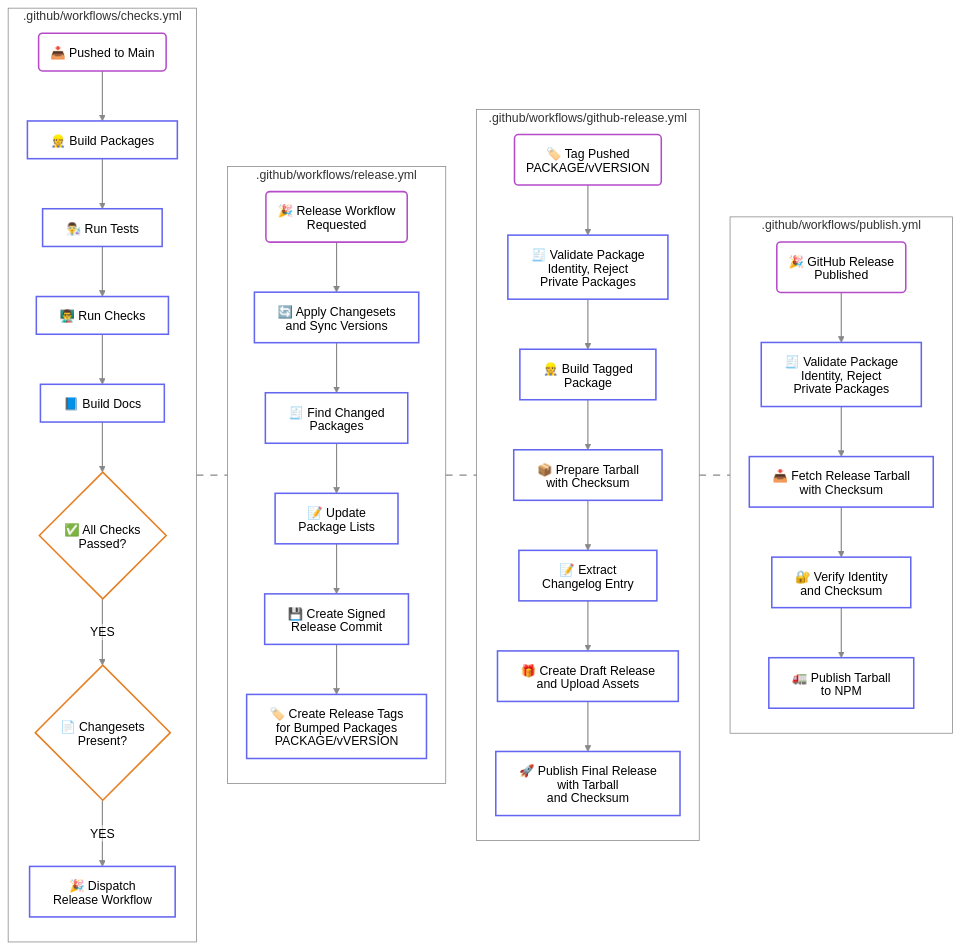
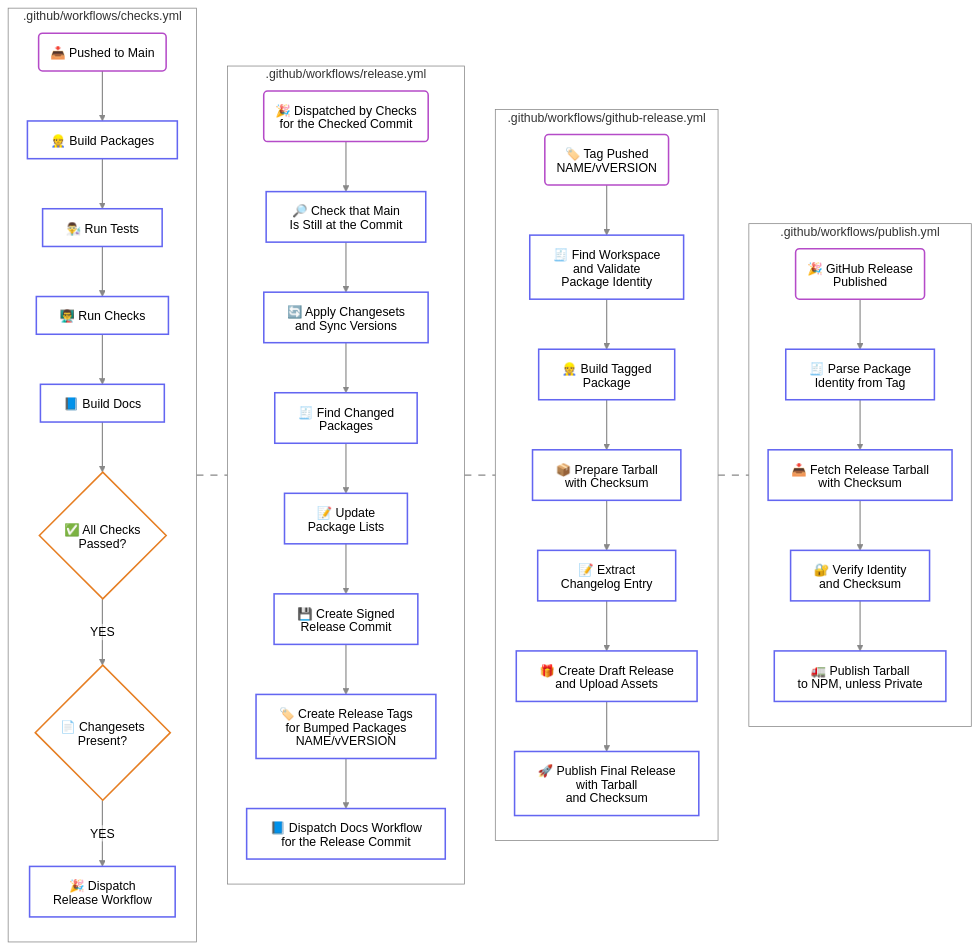
The diagram in README.md (simbo/packages), drawn with Mermaid (neutral theme) before and after one commit. The commit also changed other lines of this file and 37 other files, not shown here.

First line of the commit message:
feat(repo): release every workspace with package name tags (#17)

```diff
--- a/README.md
+++ b/README.md
@@ -255,24 +262,28 @@
   end
 
   subgraph ReleaseWorkflow[".github/workflows/release.yml"]
-    ReleaseEvent@{ shape: rounded, label: "🎉 Release Workflow<br>Requested" }
+    ReleaseEvent@{ shape: rounded, label: "🎉 Dispatched by Checks<br>for the Checked Commit" }
+    CheckCommit["🔎 Check that Main<br>Is Still at the Commit"]
     IntegrateChangesets["🔄 Apply Changesets<br>and Sync Versions"]
     CollectPackages["🧾 Find Changed<br>Packages"]
     UpdatePackageDocs["📝 Update<br>Package Lists"]
     CommitAndPushChanges["💾 Create Signed<br>Release Commit"]
-    PushReleaseTags["🏷️ Create Release Tags<br>for Bumped Packages<br>PACKAGE/vVERSION"]
+    PushReleaseTags["🏷️ Create Release Tags<br>for Bumped Packages<br>NAME/vVERSION"]
+    DocsDispatch["📘 Dispatch Docs Workflow<br>for the Release Commit"]
 
     direction TB
-    ReleaseEvent --> IntegrateChangesets
+    ReleaseEvent --> CheckCommit
+    CheckCommit --> IntegrateChangesets
     IntegrateChangesets --> CollectPackages
     CollectPackages --> UpdatePackageDocs
     UpdatePackageDocs --> CommitAndPushChanges
     CommitAndPushChanges --> PushReleaseTags
+    PushReleaseTags --> DocsDispatch
   end
 
   subgraph GitHubReleaseWorkflow[".github/workflows/github-release.yml"]
-    TagEvent@{ shape: rounded, label: "🏷️ Tag Pushed<br>PACKAGE/vVERSION" }
-    ValidateRelease["🧾 Validate Package<br>Identity, Reject<br>Private Packages"]
+    TagEvent@{ shape: rounded, label: "🏷️ Tag Pushed<br>NAME/vVERSION" }
+    ValidateRelease["🧾 Find Workspace<br>and Validate<br>Package Identity"]
     BuildPackage["👷 Build Tagged<br>Package"]
     PackTarball["📦 Prepare Tarball<br>with Checksum"]
     ExtractChangelogEntry["📝 Extract<br>Changelog Entry"]
@@ -292,8 +303,8 @@
     ReleasePublished@{ shape: rounded, label: "🎉 GitHub Release<br>Published" }
     DownloadArchive["📥 Fetch Release Tarball<br>with Checksum"]
     VerifyDownload["🔐 Verify Identity<br>and Checksum"]
-    ValidatePublish["🧾 Validate Package<br>Identity, Reject<br>Private Packages"]
-    PublishToNpm["🚛 Publish Tarball<br>to NPM"]
+    ValidatePublish["🧾 Parse Package<br>Identity from Tag"]
+    PublishToNpm["🚛 Publish Tarball<br>to NPM, unless Private"]
 
     direction TB
     ReleasePublished --> ValidatePublish
@@ -318,7 +329,7 @@
   class PushToMain,TagEvent,ReleaseEvent,ReleasePublished event
 
   classDef step stroke:#6366F1,stroke-width:2px,fill:transparent;
-  class BuildPackages,RunTests,RunChecks,BuildDocs,ReleaseEventDispatch,IntegrateChangesets,CollectPackages,UpdatePackageDocs,CommitAndPushChanges,PushReleaseTags,ValidateRelease,BuildPackage,PackTarball,ExtractChangelogEntry,UploadDraft,PublishRelease,ValidatePublish,DownloadArchive,VerifyDownload,PublishToNpm step
+  class BuildPackages,RunTests,RunChecks,BuildDocs,ReleaseEventDispatch,CheckCommit,DocsDispatch,IntegrateChangesets,CollectPackages,UpdatePackageDocs,CommitAndPushChanges,PushReleaseTags,ValidateRelease,BuildPackage,PackTarball,ExtractChangelogEntry,UploadDraft,PublishRelease,ValidatePublish,DownloadArchive,VerifyDownload,PublishToNpm step
 
   classDef gate stroke:#E67E22,stroke-width:2px,fill:transparent
   class ChecksPassed,Changesets gate
```
